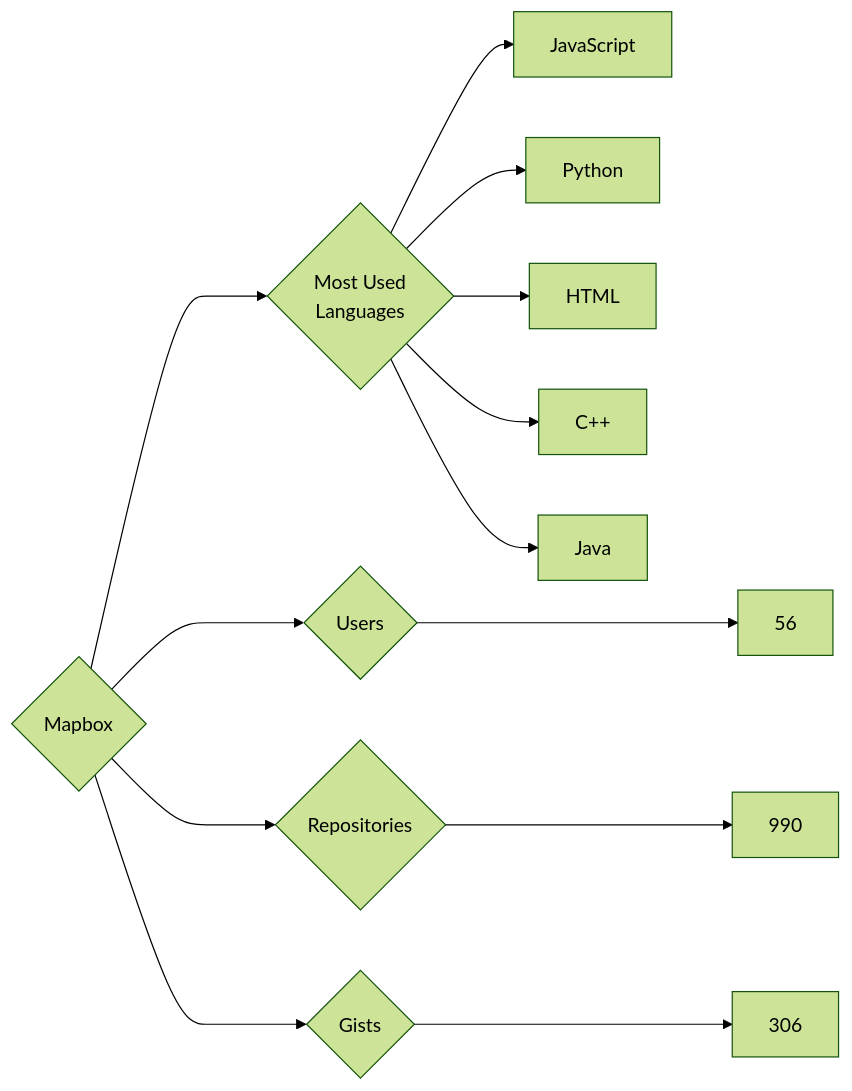
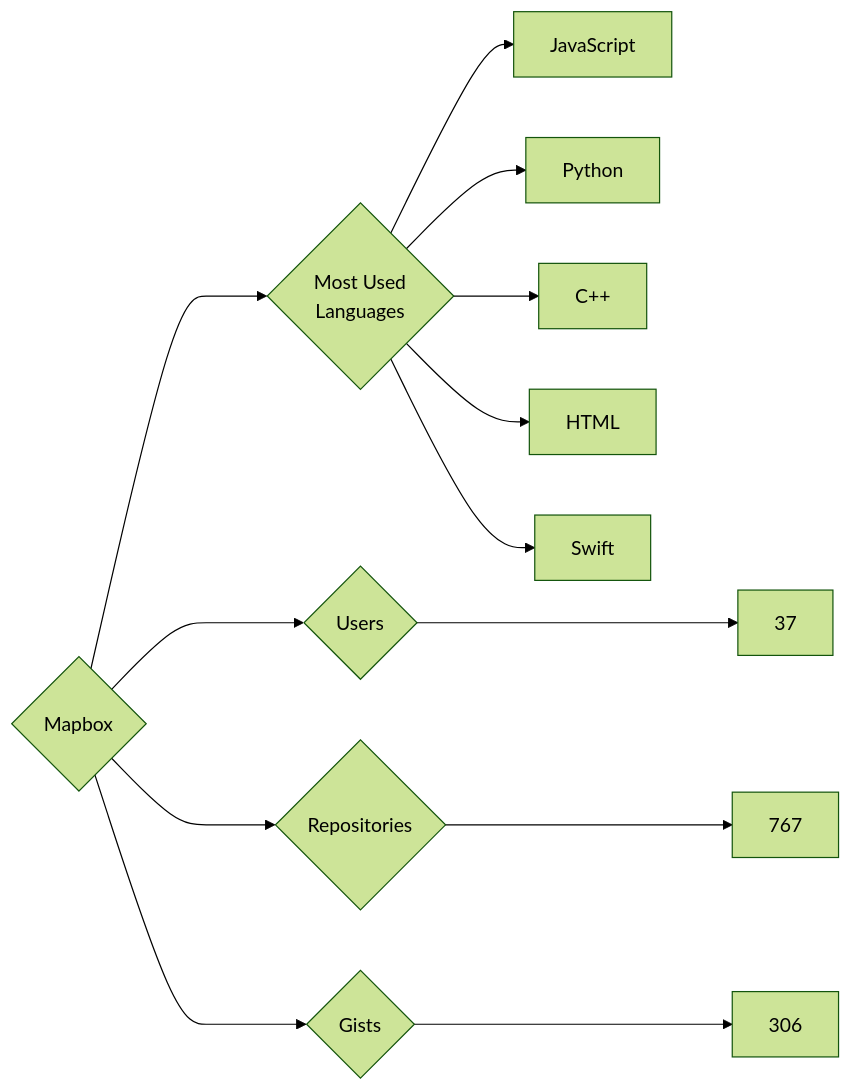
The diagram in targets/Mapbox/README.md (trickest/insiders), drawn with Mermaid (forest theme) before and after one commit. The commit also changed 951 other files, not shown here.

````diff
--- a/targets/Mapbox/README.md
+++ b/targets/Mapbox/README.md
@@ -3,13 +3,13 @@
 ```mermaid
 graph LR
 COMPANY_NAME{Mapbox}
-COMPANY_NAME ---> U{Users} ---> UN[56]
-COMPANY_NAME ---> R{Repositories} ---> RN[990]
+COMPANY_NAME ---> U{Users} ---> UN[37]
+COMPANY_NAME ---> R{Repositories} ---> RN[767]
 COMPANY_NAME ---> G{Gists} ---> GN[306]
 COMPANY_NAME ---> ML{Most Used<br>Languages}
 ML --> JavaScript[JavaScript]
 ML --> Python[Python]
+ML --> C++[C++]
 ML --> HTML[HTML]
-ML --> C++[C++]
-ML --> Java[Java]
+ML --> Swift[Swift]
 ```
````
